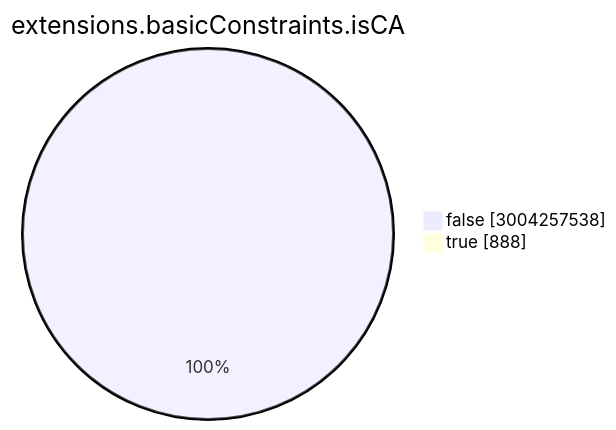
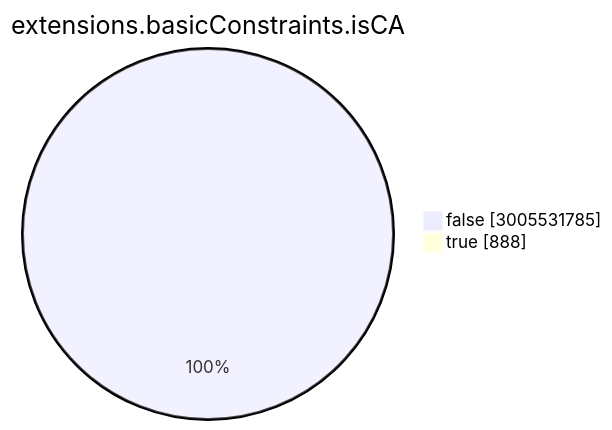
The seventh of 15 diagrams in TOTAL/README.md (christiankrug/ctmonitor_visualization), drawn with Mermaid before and after one commit. The commit also changed other lines of this file, not shown here.

````diff
--- a/TOTAL/README.md
+++ b/TOTAL/README.md
@@ -3080,6 +3080,6 @@
 ```mermaid
 pie showData
 title extensions.basicConstraints.isCA
-"false" :3004257538
+"false" :3005531785
 "true" :888
 ```
````
